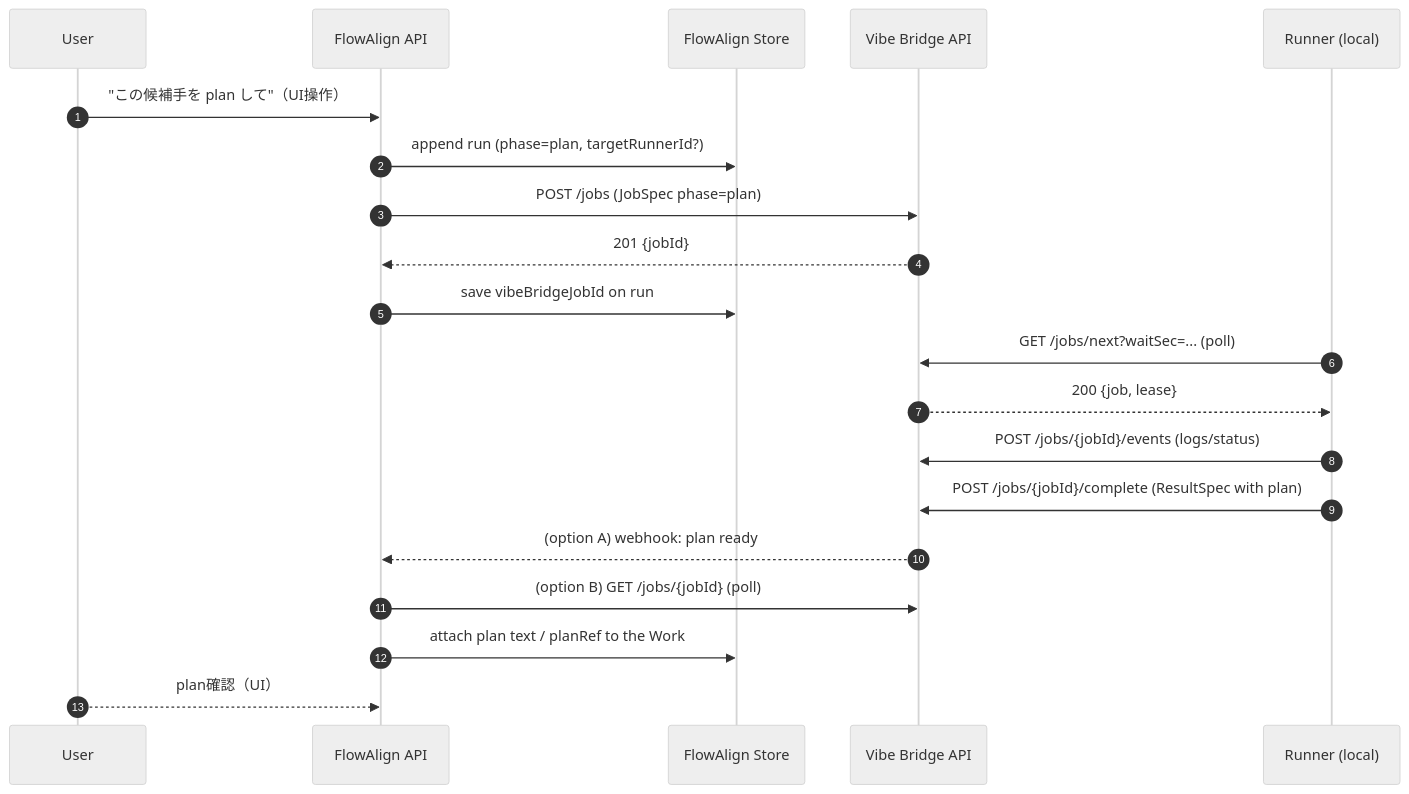
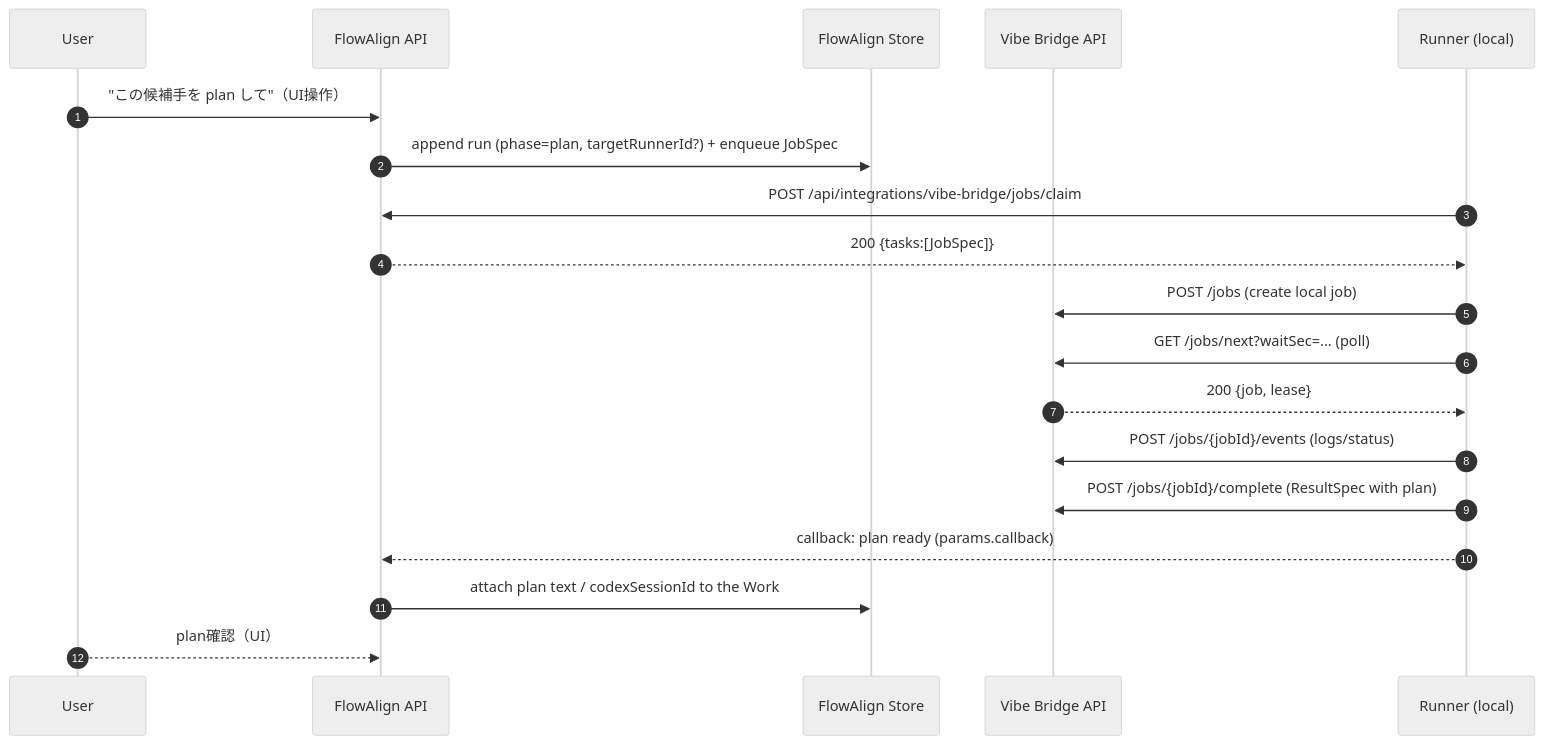
The second of 4 diagrams in docs/FLOWALIGN-INTEGRATION.md (NexA-LLC/vibe-bridge), drawn with Mermaid (neutral theme) before and after one commit. The commit also changed other lines of this file and 3 other files, not shown here.

First line of the commit message:
[Nariya Takemura] feat: FlowAlign キュー連携機能を追加

````diff
--- a/docs/FLOWALIGN-INTEGRATION.md
+++ b/docs/FLOWALIGN-INTEGRATION.md
@@ -94,24 +96,24 @@
 ```mermaid
 sequenceDiagram
   autonumber
   participant U as User
   participant FA as FlowAlign API
   participant Store as FlowAlign Store
   participant VB as Vibe Bridge API
   participant R as Runner (local)
 
   U->>FA: "この候補手を plan して"（UI操作）
-  FA->>Store: append run (phase=plan, targetRunnerId?)
-  FA->>VB: POST /jobs (JobSpec phase=plan)
-  VB-->>FA: 201 {jobId}
-  FA->>Store: save vibeBridgeJobId on run
+  FA->>Store: append run (phase=plan, targetRunnerId?) + enqueue JobSpec
+
+  R->>FA: POST /api/integrations/vibe-bridge/jobs/claim
+  FA-->>R: 200 {tasks:[JobSpec]}
+  R->>VB: POST /jobs (create local job)
 
   R->>VB: GET /jobs/next?waitSec=... (poll)
   VB-->>R: 200 {job, lease}
   R->>VB: POST /jobs/{jobId}/events (logs/status)
   R->>VB: POST /jobs/{jobId}/complete (ResultSpec with plan)
-  VB-->>FA: (option A) webhook: plan ready
-  FA->>VB: (option B) GET /jobs/{jobId} (poll)
-  FA->>Store: attach plan text / planRef to the Work
+  R-->>FA: callback: plan ready (params.callback)
+  FA->>Store: attach plan text / codexSessionId to the Work
   U-->>FA: plan確認（UI）
 ```
````
